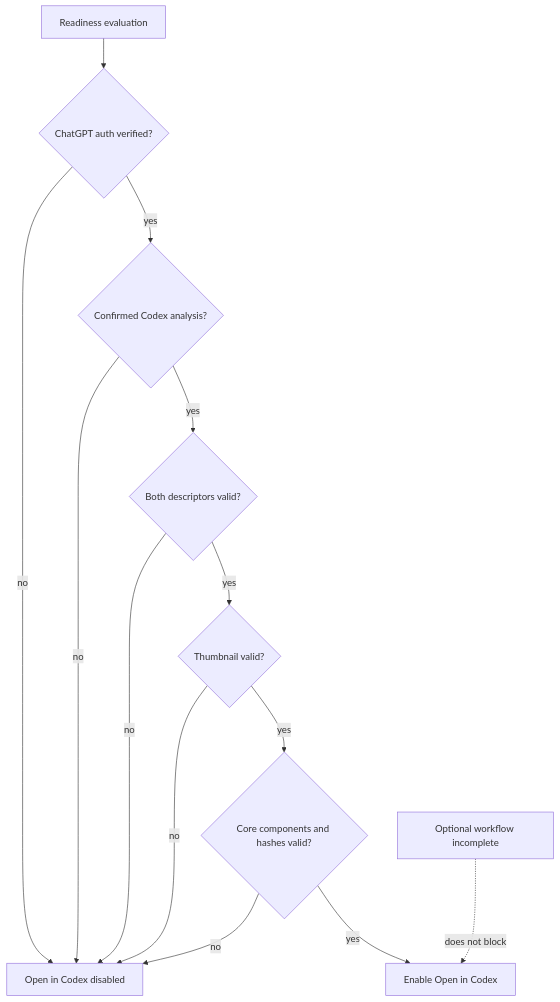
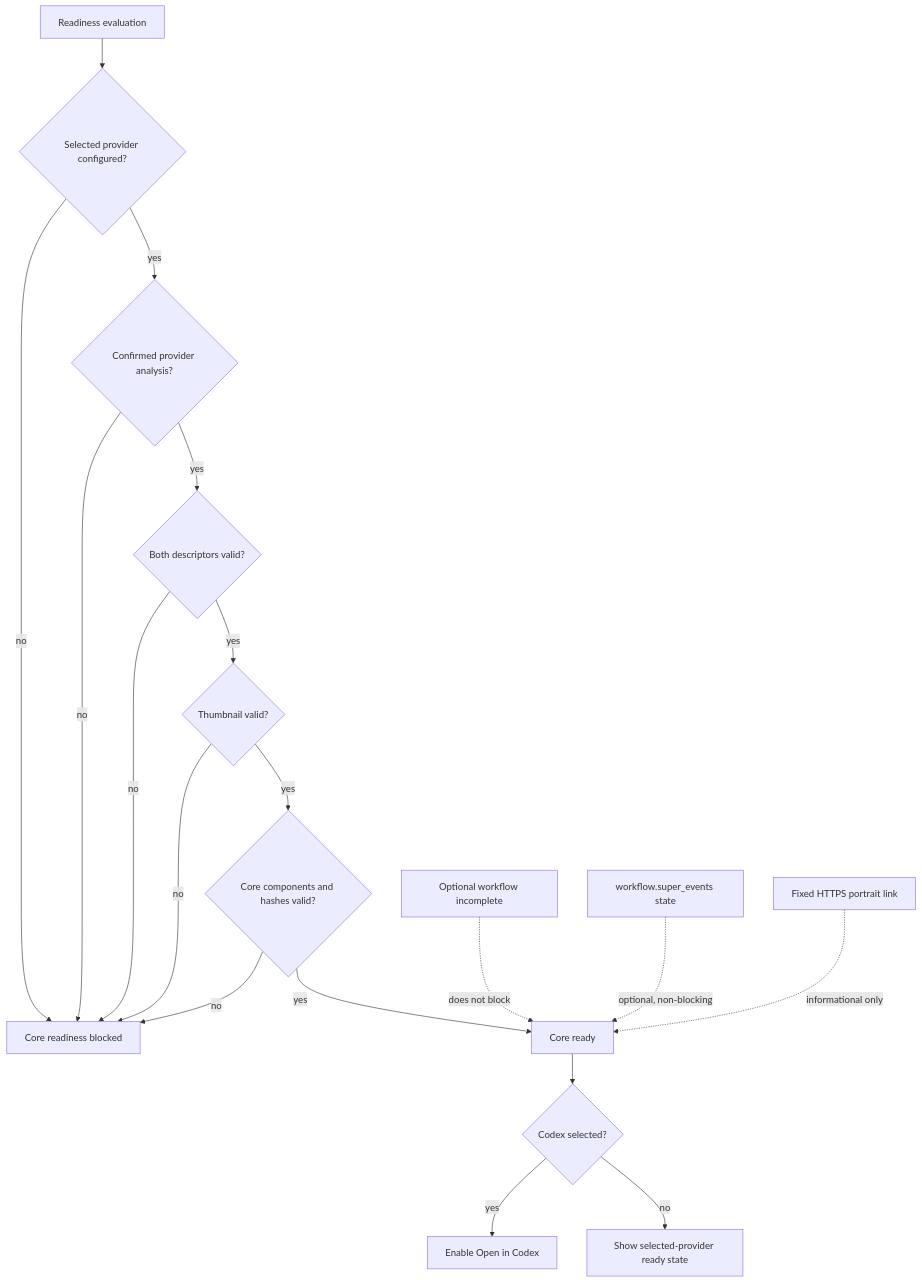
One commit to klimPaskov/HOI4-Mod-Setup changed the diagram in docs/diagrams/readiness_gate.mmd. Above: the diagram before and after it, drawn with Mermaid. The commit also changed 294 other files, not shown here.

Commit message:
feat: complete setup wizard and release flow

```diff
--- a/docs/diagrams/readiness_gate.mmd
+++ b/docs/diagrams/readiness_gate.mmd
@@ -1,13 +1,18 @@
 flowchart TD
-    Check[Readiness evaluation] --> Auth{ChatGPT auth verified?}
-    Auth -- no --> Block[Open in Codex disabled]
-    Auth -- yes --> Analysis{Confirmed Codex analysis?}
+    Check[Readiness evaluation] --> Auth{Selected provider configured?}
+    Auth -- no --> Block[Core readiness blocked]
+    Auth -- yes --> Analysis{Confirmed provider analysis?}
     Analysis -- no --> Block
     Analysis -- yes --> Launcher{Both descriptors valid?}
     Launcher -- no --> Block
     Launcher -- yes --> Thumb{Thumbnail valid?}
     Thumb -- no --> Block
     Thumb -- yes --> Core{Core components and hashes valid?}
     Core -- no --> Block
-    Core -- yes --> Ready[Enable Open in Codex]
+    Core -- yes --> Ready[Core ready]
+    Ready --> Codex{Codex selected?}
+    Codex -- yes --> Open[Enable Open in Codex]
+    Codex -- no --> Generic[Show selected-provider ready state]
     Optional[Optional workflow incomplete] -. does not block .-> Ready
+    SuperEvents[workflow.super_events state] -. optional, non-blocking .-> Ready
+    Link[Fixed HTTPS portrait link] -. informational only .-> Ready
```
